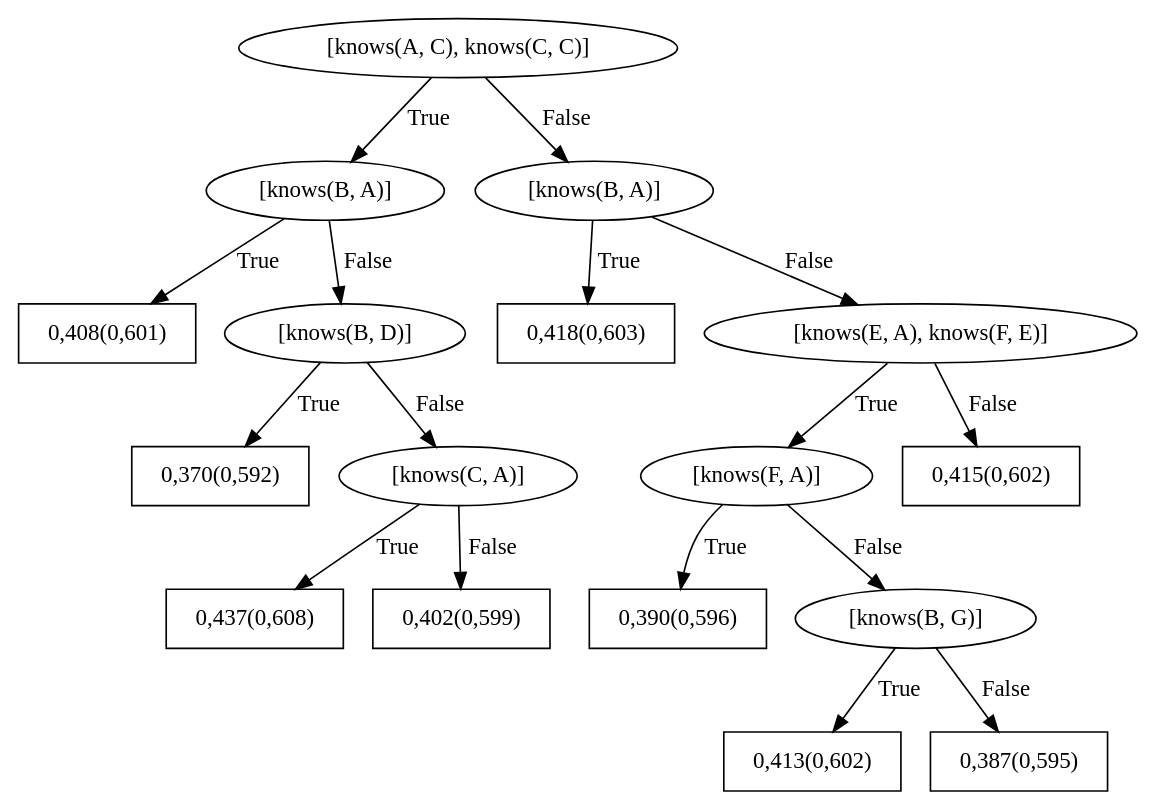
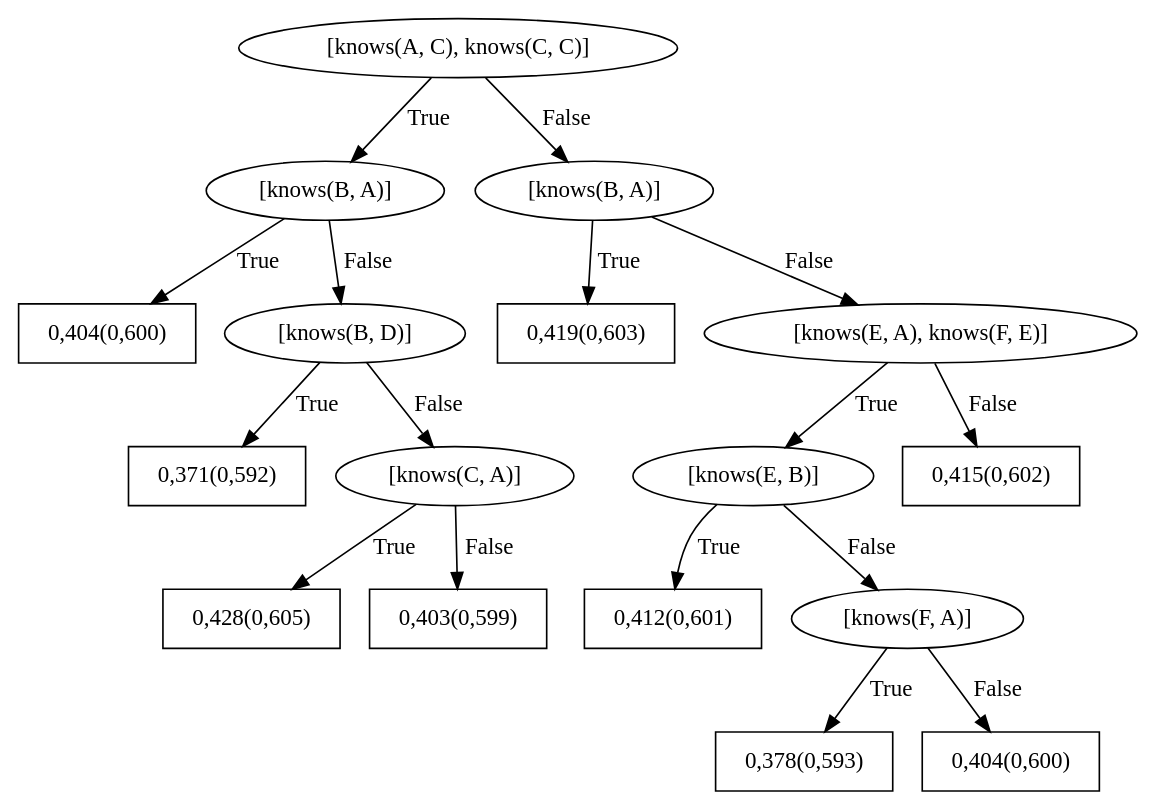
Before and after one commit to GabrielaPC/Trabalho-SRL: the diagram in SRLBoost/data/trust/train/models/bRDNs/dotFiles/WILLTreeFor_trusts3.dot, drawn with Graphviz. The commit also changed 67 other files, not shown here.

```diff
--- a/SRLBoost/data/trust/train/models/bRDNs/dotFiles/WILLTreeFor_trusts3.dot
+++ b/SRLBoost/data/trust/train/models/bRDNs/dotFiles/WILLTreeFor_trusts3.dot
@@ -1,35 +1,35 @@
 digraph G{ 
 1[label = "[knows(A, C), knows(C, C)]"];
 1 -> 2[label="True"];
 1 -> 3[label="False"];
 2[label = "[knows(B, A)]"];
 2 -> 4[label="True"];
 2 -> 5[label="False"];
-4[shape = box,label = "0,408(0,601)"];
+4[shape = box,label = "0,404(0,600)"];
 5[label = "[knows(B, D)]"];
 5 -> 6[label="True"];
 5 -> 7[label="False"];
-6[shape = box,label = "0,370(0,592)"];
+6[shape = box,label = "0,371(0,592)"];
 7[label = "[knows(C, A)]"];
 7 -> 8[label="True"];
 7 -> 9[label="False"];
-8[shape = box,label = "0,437(0,608)"];
-9[shape = box,label = "0,402(0,599)"];
+8[shape = box,label = "0,428(0,605)"];
+9[shape = box,label = "0,403(0,599)"];
 3[label = "[knows(B, A)]"];
 3 -> 10[label="True"];
 3 -> 11[label="False"];
-10[shape = box,label = "0,418(0,603)"];
+10[shape = box,label = "0,419(0,603)"];
 11[label = "[knows(E, A), knows(F, E)]"];
 11 -> 12[label="True"];
 11 -> 13[label="False"];
-12[label = "[knows(F, A)]"];
+12[label = "[knows(E, B)]"];
 12 -> 14[label="True"];
 12 -> 15[label="False"];
-14[shape = box,label = "0,390(0,596)"];
-15[label = "[knows(B, G)]"];
+14[shape = box,label = "0,412(0,601)"];
+15[label = "[knows(F, A)]"];
 15 -> 16[label="True"];
 15 -> 17[label="False"];
-16[shape = box,label = "0,413(0,602)"];
-17[shape = box,label = "0,387(0,595)"];
+16[shape = box,label = "0,378(0,593)"];
+17[shape = box,label = "0,404(0,600)"];
 13[shape = box,label = "0,415(0,602)"];
 }
```
